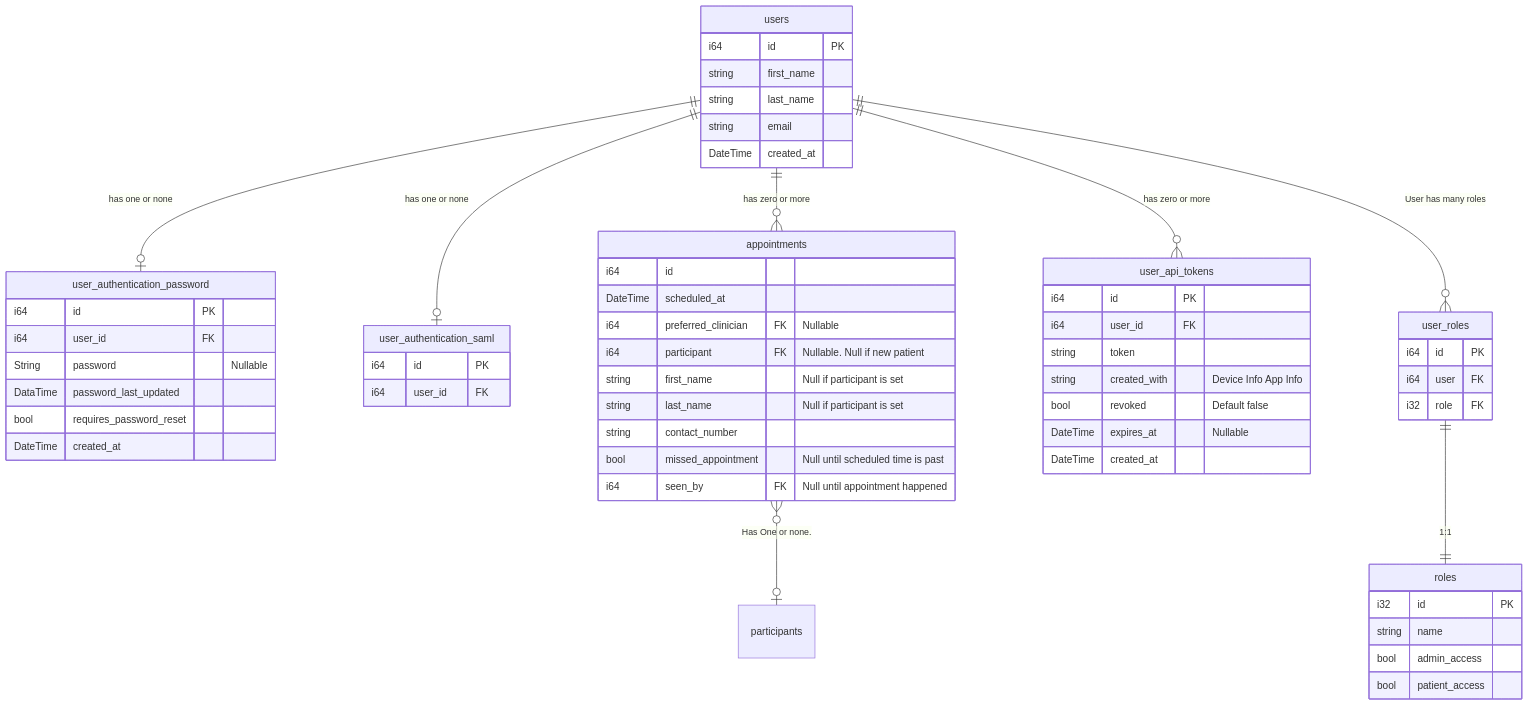
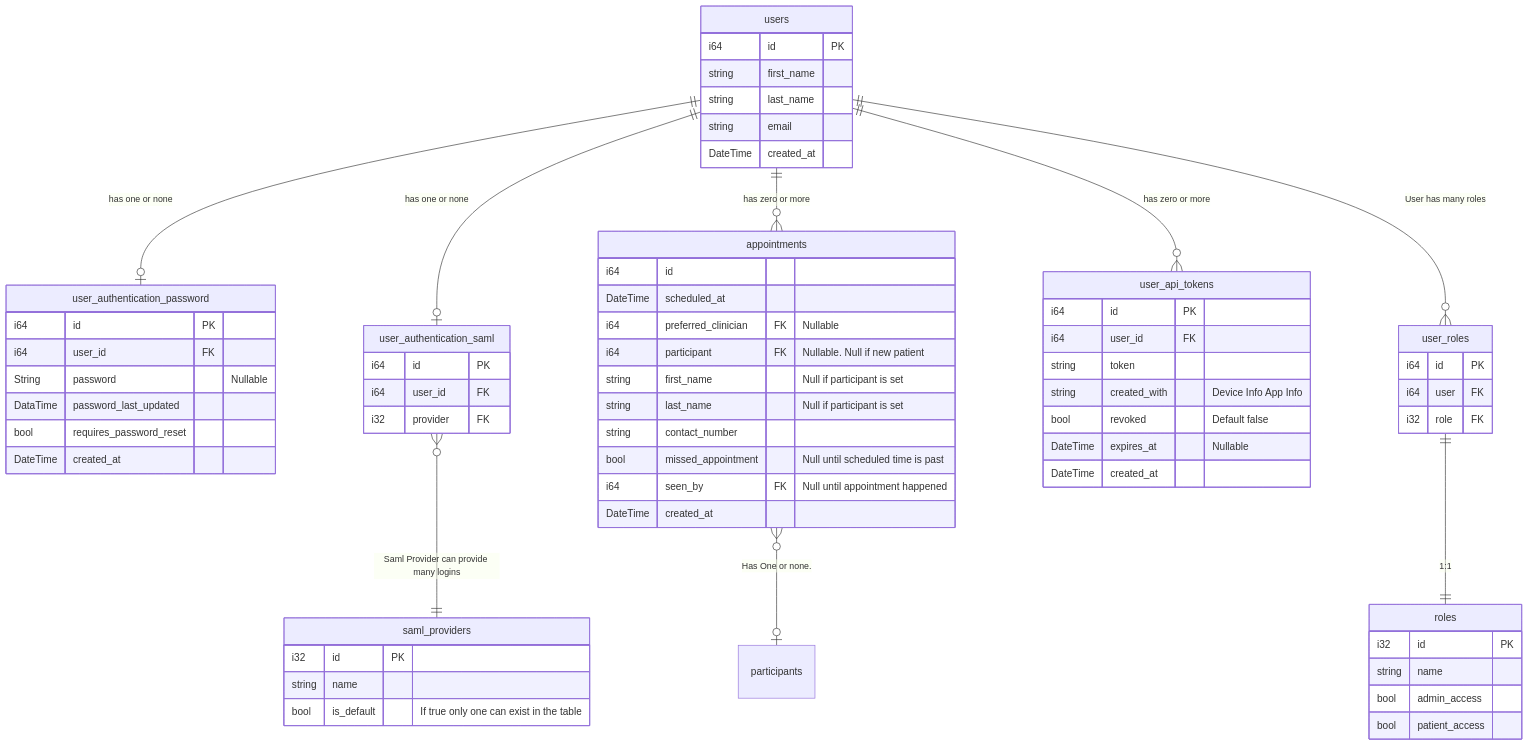
One commit to VCU-CS-Capstone/cs-capstone-2024-25-cs-capstone-2024-25-github-repo-set-up-0000---Capstone-Template changed the second of 2 diagrams in src/backend/core/src/database/database.qmd. Above: the diagram before and after it, drawn with Mermaid. The commit also changed 12 other files, not shown here.

````diff
--- a/src/backend/core/src/database/database.qmd
+++ b/src/backend/core/src/database/database.qmd
@@ -230,63 +230,70 @@
 ```{mermaid}
 erDiagram
     users ||--o| user_authentication_password : "has one or none"
     users ||--o| user_authentication_saml : "has one or none"
     users ||--o{ appointments :"has zero or more"
     users ||--o{ user_api_tokens :"has zero or more"
-
+    user_authentication_saml }o--||saml_providers : "Saml Provider can provide many logins"
     users ||--o{ user_roles : "User has many roles"
     user_roles ||--|| roles : "1:1"
-    appointments }o--o| participants :"Has One or none."
+    appointments }o--o| participants : "Has One or none."
 
     users{
         i64 id PK
         string first_name
         string last_name
         string email
         DateTime created_at
     }
     user_api_tokens{
         i64 id PK
         i64 user_id FK
         string token
         string created_with "Device Info App Info"
         bool revoked "Default false"
         DateTime expires_at "Nullable"
         DateTime created_at
     }
     roles{
         i32 id PK
         string name
         bool admin_access
         bool patient_access
     }
     user_roles{
         i64 id PK
         i64 user FK
         i32 role FK
     }
     user_authentication_password {
         i64 id PK
         i64 user_id FK
         String password "Nullable"
         DataTime password_last_updated
         bool requires_password_reset
         DateTime created_at
     }
     user_authentication_saml {
         i64 id PK
         i64 user_id FK
+        i32 provider FK
+    }
+    saml_providers {
+        i32 id PK
+        string name
+        bool is_default "If true only one can exist in the table"
     }
     appointments{
         i64 id
         DateTime scheduled_at
         i64 preferred_clinician FK "Nullable"
         i64 participant FK "Nullable. Null if new patient"
         string first_name "Null if participant is set"
         string last_name "Null if participant is set"
         string contact_number
         bool missed_appointment "Null until scheduled time is past"
         i64 seen_by FK "Null until appointment happened"
+        DateTime created_at
     }
 
 ```
````
